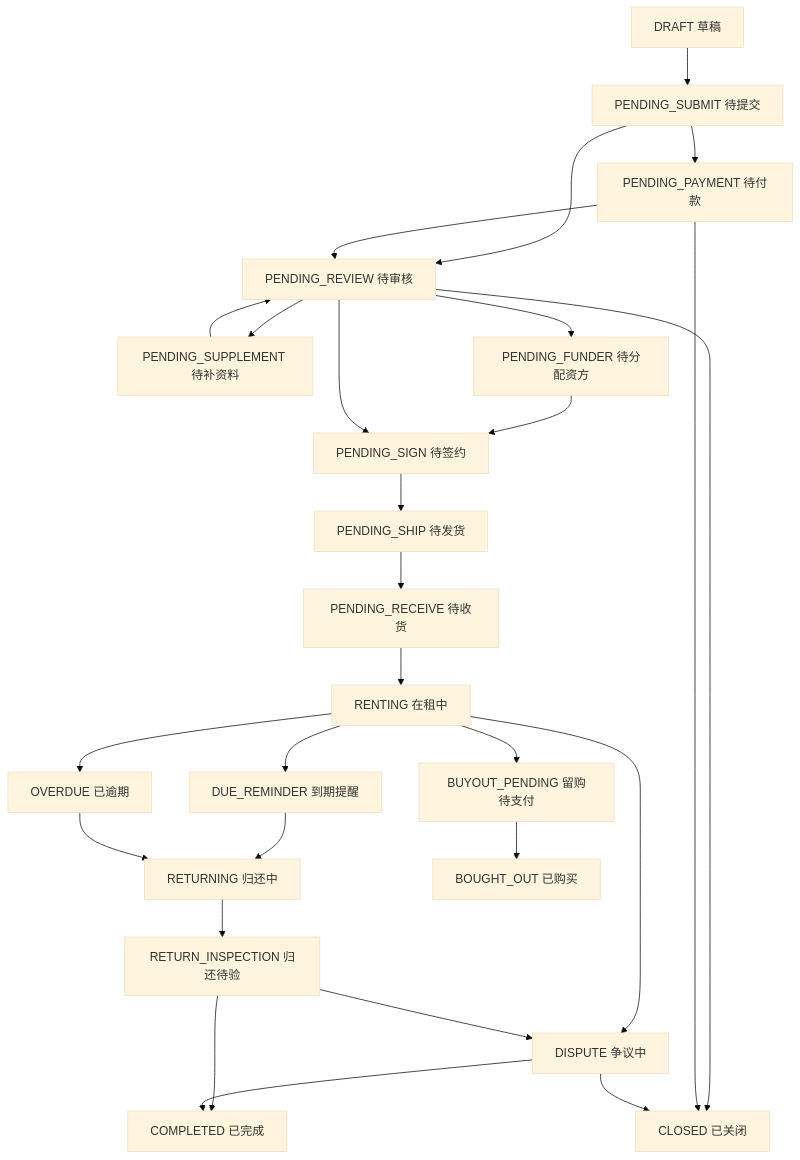
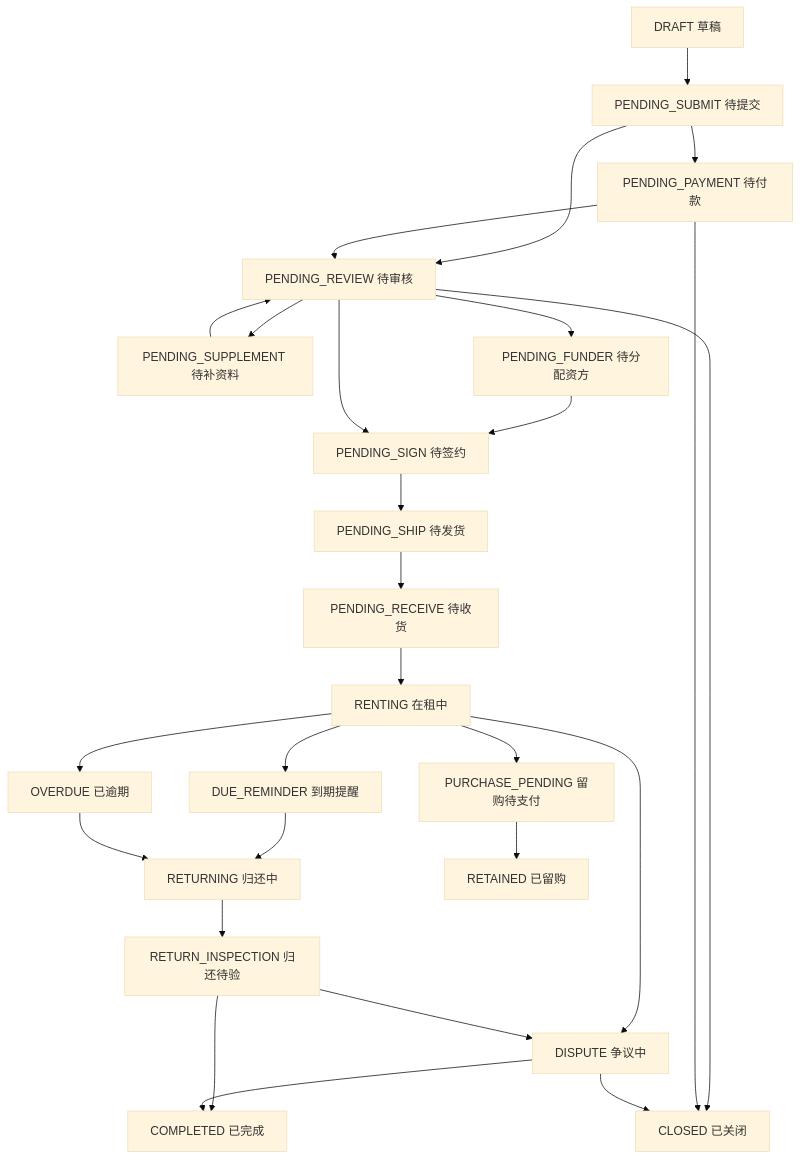
One commit to joezjyan-bot/mandian-prd changed the diagram in PRD/V0.2/modules/全局/02_状态字典与订单状态机.md. Above: the diagram before and after it, drawn with Mermaid (base theme). The commit also changed other lines of this file, not shown here.

Commit message:
fix(V0.2/合规): 状态字典与订单状态机 — RETAINED + 设备9状态 + bill_type/purchase(P1-1/措辞)

````diff
--- a/PRD/V0.2/modules/全局/02_状态字典与订单状态机.md
+++ b/PRD/V0.2/modules/全局/02_状态字典与订单状态机.md
@@ -73,29 +77,29 @@
 ```mermaid
 flowchart TD
     A["DRAFT 草稿"] --> B["PENDING_SUBMIT 待提交"]
     B --> C["PENDING_PAYMENT 待付款"]
     B --> D["PENDING_REVIEW 待审核"]
     C --> D
     D --> E["PENDING_SUPPLEMENT 待补资料"]
     E --> D
     D --> F["PENDING_FUNDER 待分配资方"]
     F --> G["PENDING_SIGN 待签约"]
     D --> G
     G --> H["PENDING_SHIP 待发货"]
     H --> I["PENDING_RECEIVE 待收货"]
     I --> J["RENTING 在租中"]
     J --> K["DUE_REMINDER 到期提醒"]
     J --> L["OVERDUE 已逾期"]
     K --> M["RETURNING 归还中"]
     L --> M
     M --> N["RETURN_INSPECTION 归还待验"]
     N --> O["COMPLETED 已完成"]
-    J --> P["BUYOUT_PENDING 留购待支付"]
-    P --> Q["BOUGHT_OUT 已购买"]
+    J --> P["PURCHASE_PENDING 留购待支付"]
+    P --> Q["RETAINED 已留购"]
     D --> R["CLOSED 已关闭"]
     C --> R
     J --> S["DISPUTE 争议中"]
     N --> S
     S --> O
     S --> R
 ```
````
